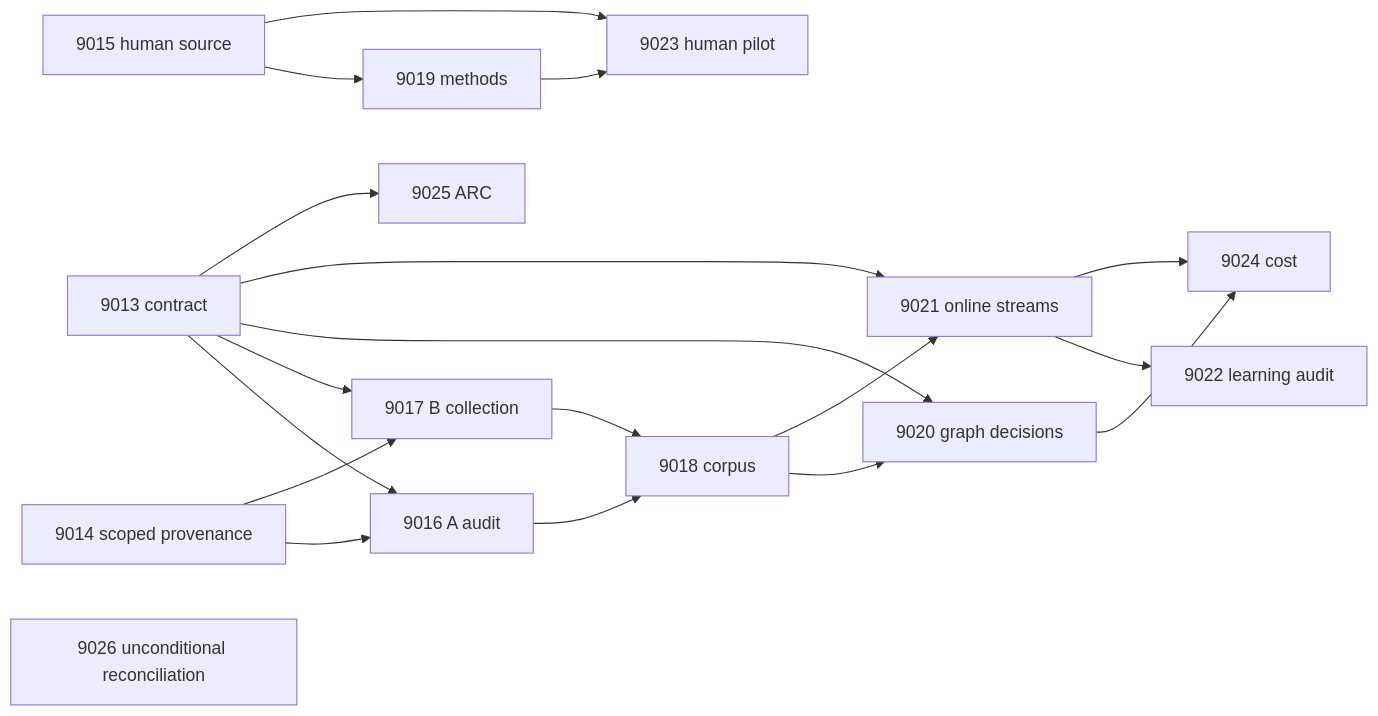
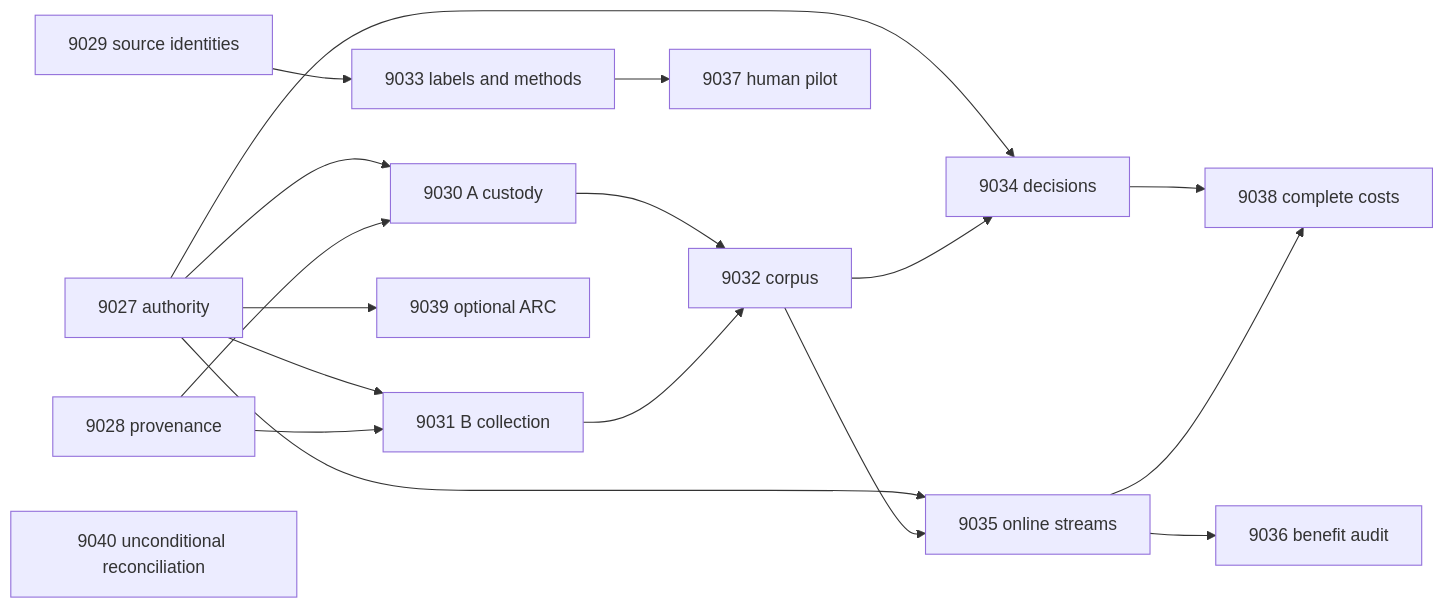
Before and after one commit to Carnot-EBM/carnot-ebm: the second of 2 diagrams in openspec/change-proposals/research-roadmap-vNEXT.md, drawn with Mermaid. The commit also changed other lines of this file and 19 other files, not shown here.

````diff
--- a/openspec/change-proposals/research-roadmap-vNEXT.md
+++ b/openspec/change-proposals/research-roadmap-vNEXT.md
@@ -261,21 +322,20 @@
 ```mermaid
 flowchart LR
-    T13[9013 contract] --> T16[9016 A audit]
-    T14[9014 scoped provenance] --> T16
-    T13 --> T17[9017 B collection]
-    T14 --> T17
-    T16 --> T18[9018 corpus]
-    T17 --> T18
-    T13 --> T20[9020 graph decisions]
-    T18 --> T20
-    T13 --> T21[9021 online streams]
-    T18 --> T21
-    T21 --> T22[9022 learning audit]
-    T15[9015 human source] --> T19[9019 methods]
-    T15 --> T23[9023 human pilot]
-    T19 --> T23
-    T20 --> T24[9024 cost]
-    T21 --> T24
-    T13 --> T25[9025 ARC]
-    T26[9026 unconditional reconciliation]
+    T27[9027 authority] --> T30[9030 A custody]
+    T28[9028 provenance] --> T30
+    T27 --> T31[9031 B collection]
+    T28 --> T31
+    T30 --> T32[9032 corpus]
+    T31 --> T32
+    T27 --> T34[9034 decisions]
+    T32 --> T34
+    T27 --> T35[9035 online streams]
+    T32 --> T35
+    T35 --> T36[9036 benefit audit]
+    T29[9029 source identities] --> T33[9033 labels and methods]
+    T33 --> T37[9037 human pilot]
+    T34 --> T38[9038 complete costs]
+    T35 --> T38
+    T27 --> T39[9039 optional ARC]
+    T40[9040 unconditional reconciliation]
 ```
````
